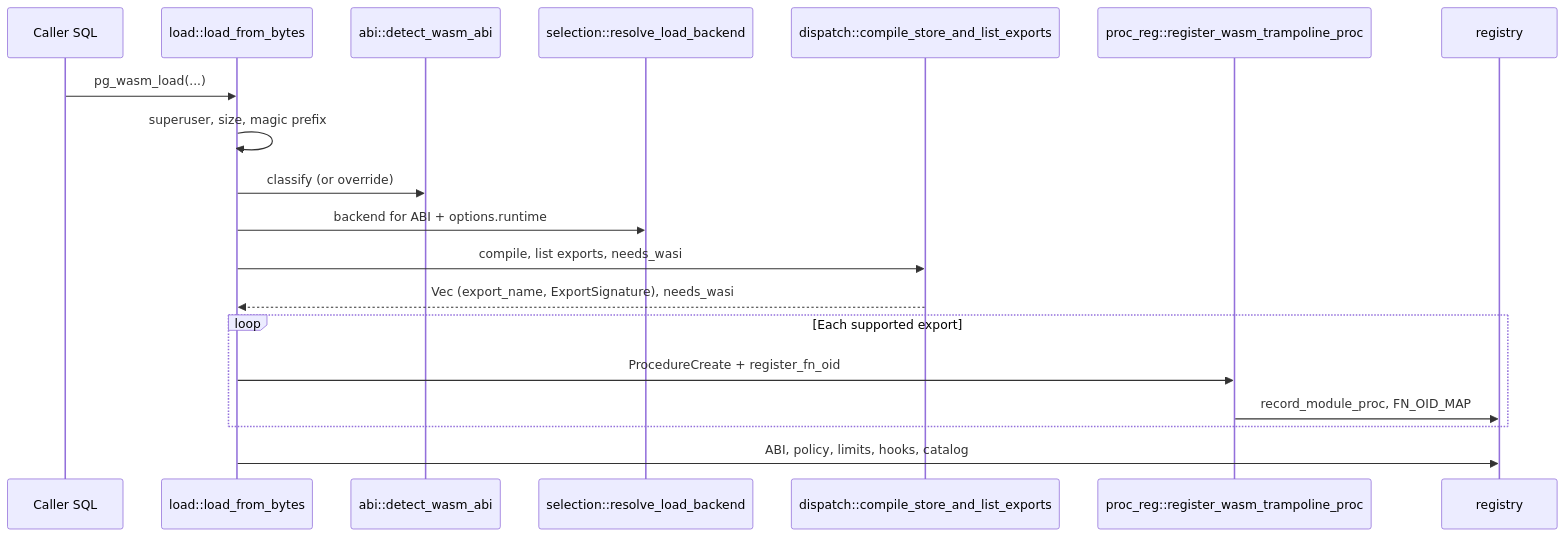
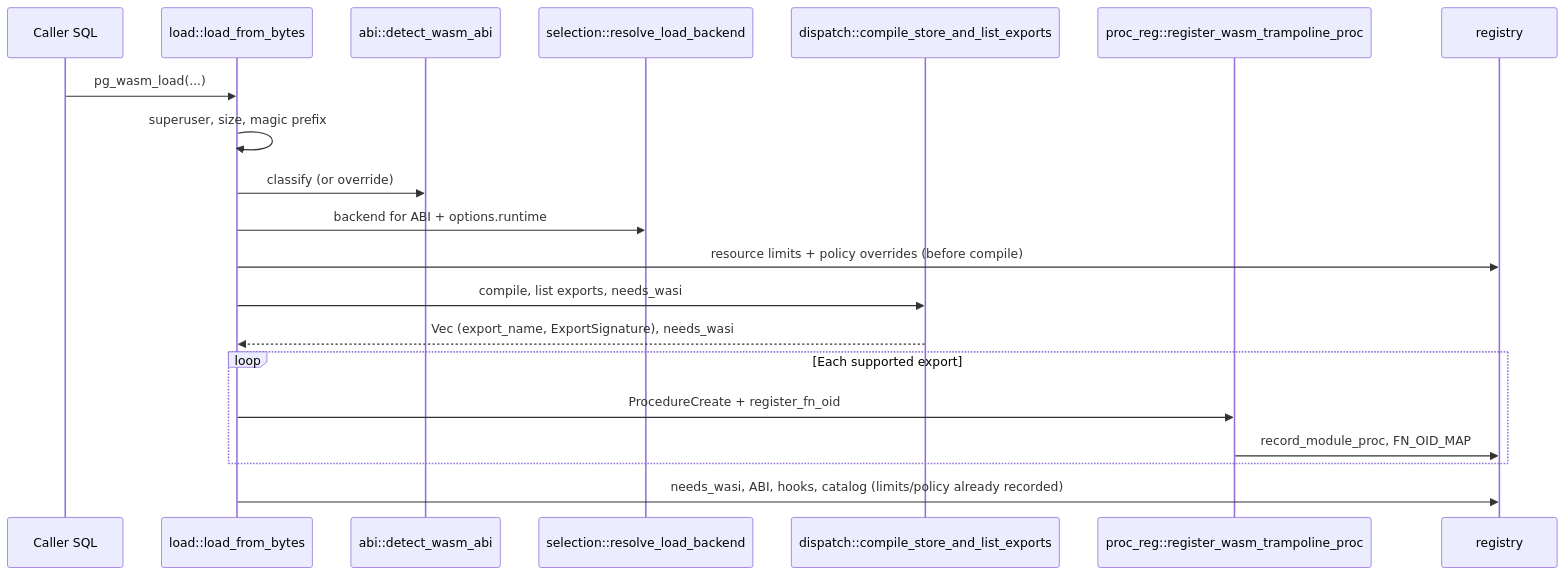
The third of 4 diagrams in docs/architecture.md (jnicholls/pgwasm), drawn with Mermaid before and after one commit. The commit also changed other lines of this file and 12 other files, not shown here.

````diff
--- a/docs/architecture.md
+++ b/docs/architecture.md
@@ -116,22 +116,23 @@
 ```mermaid
 sequenceDiagram
   participant SQL as Caller SQL
   participant Load as load::load_from_bytes
   participant Abi as abi::detect_wasm_abi
   participant Sel as selection::resolve_load_backend
   participant Disp as dispatch::compile_store_and_list_exports
   participant PR as proc_reg::register_wasm_trampoline_proc
   participant Reg as registry
 
   SQL->>Load: pg_wasm_load(...)
   Load->>Load: superuser, size, magic prefix
   Load->>Abi: classify (or override)
   Load->>Sel: backend for ABI + options.runtime
+  Load->>Reg: resource limits + policy overrides (before compile)
   Load->>Disp: compile, list exports, needs_wasi
   Disp-->>Load: Vec (export_name, ExportSignature), needs_wasi
   loop Each supported export
     Load->>PR: ProcedureCreate + register_fn_oid
     PR->>Reg: record_module_proc, FN_OID_MAP
   end
-  Load->>Reg: ABI, policy, limits, hooks, catalog
+  Load->>Reg: needs_wasi, ABI, hooks, catalog (limits/policy already recorded)
 ```
````
